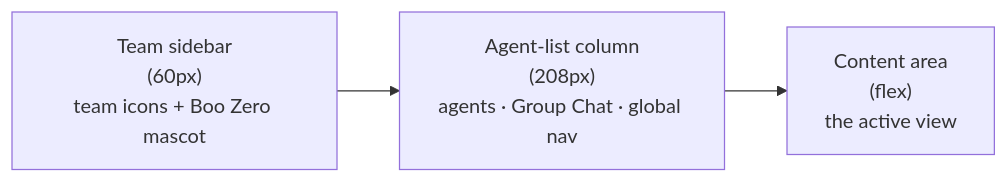
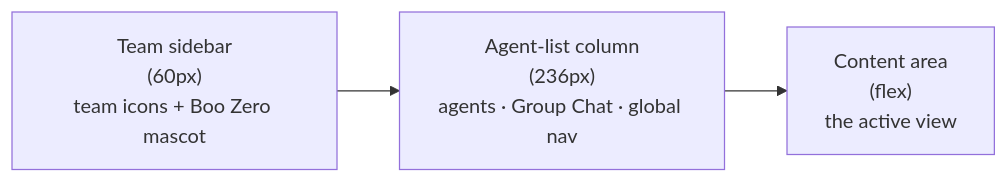
Before and after one commit to clawboo/clawboo: the diagram in docs/getting-started/dashboard-tour.md, drawn with Mermaid. The commit also changed other lines of this file and 56 other files, not shown here.

````diff
--- a/docs/getting-started/dashboard-tour.md
+++ b/docs/getting-started/dashboard-tour.md
@@ -14,7 +14,7 @@
 ```mermaid
 flowchart LR
     A["Team sidebar<br/>(60px)<br/>team icons + Boo Zero mascot"]
-    B["Agent-list column<br/>(208px)<br/>agents · Group Chat · global nav"]
+    B["Agent-list column<br/>(236px)<br/>agents · Group Chat · global nav"]
     C["Content area<br/>(flex)<br/>the active view"]
     A --> B --> C
 ```
````
